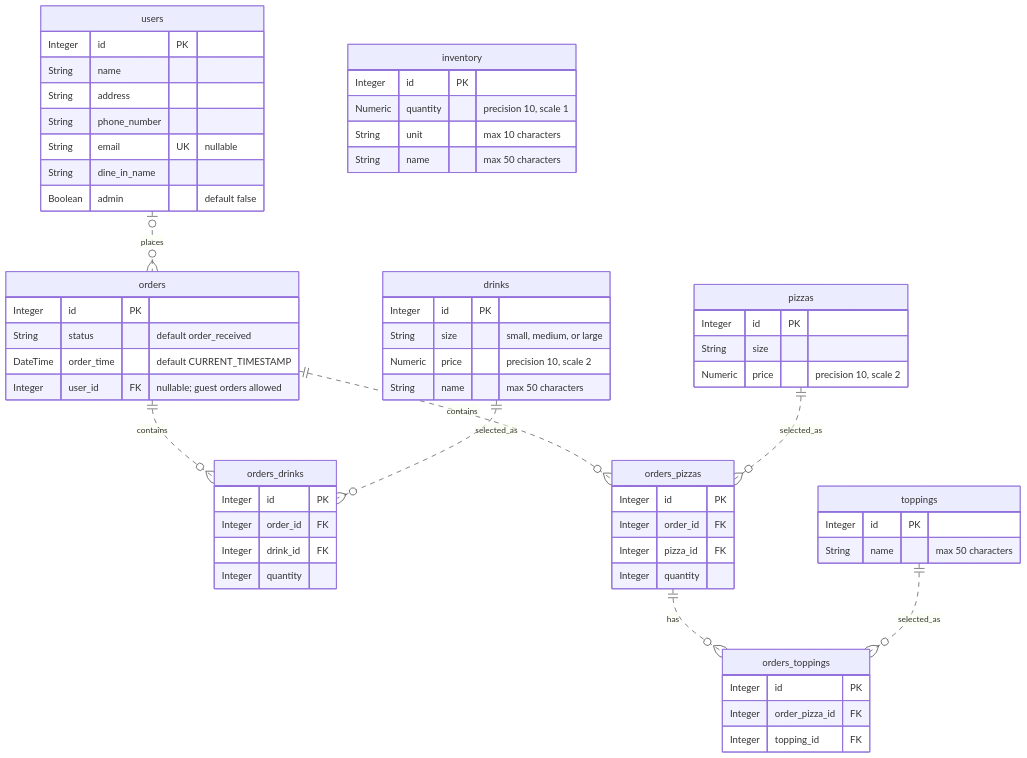
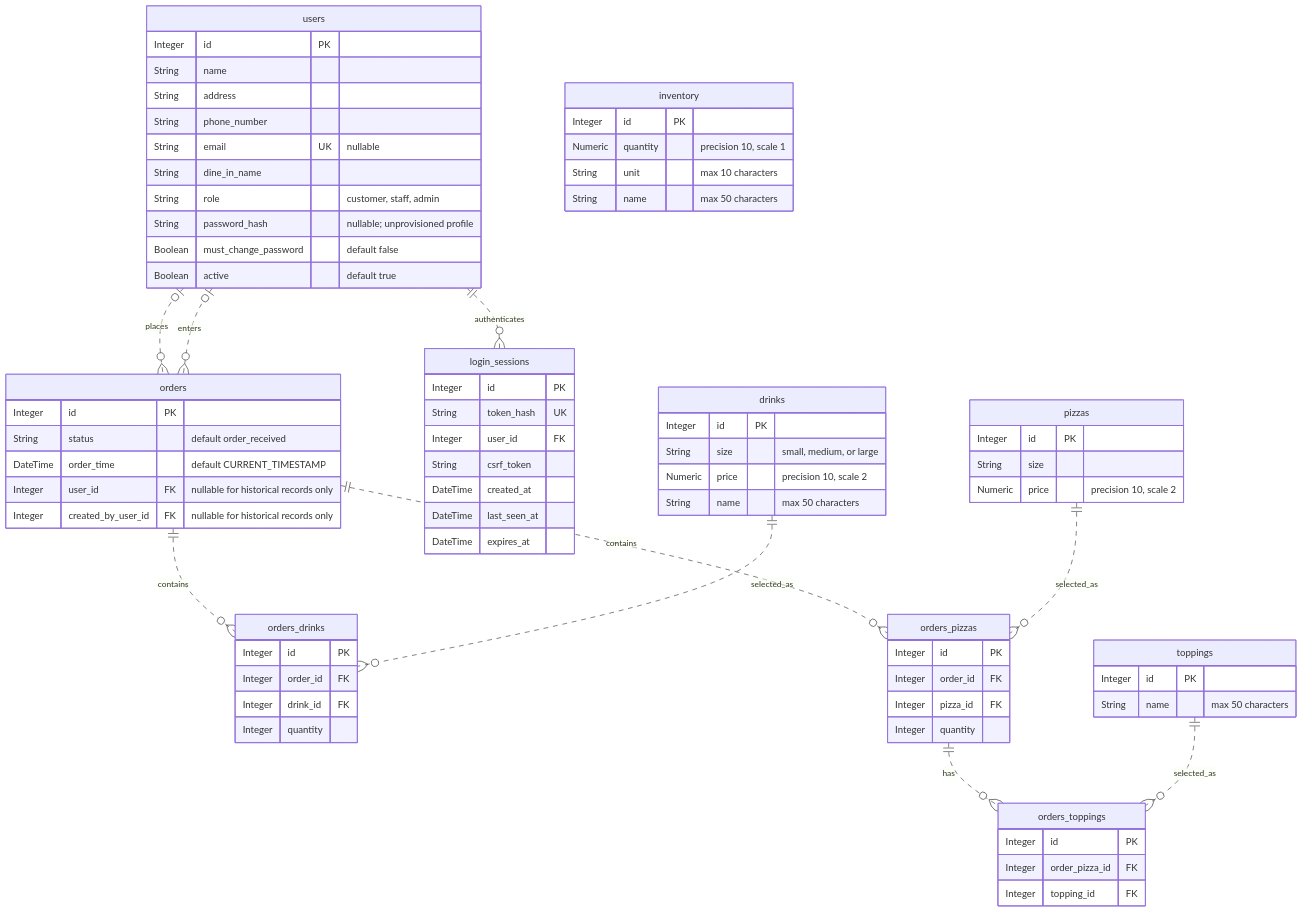
One commit to nlee543/luigi-pizza changed the diagram in README.md. Above: the diagram before and after it, drawn with Mermaid. The commit also changed other lines of this file and 12 other files, not shown here.

````diff
--- a/README.md
+++ b/README.md
@@ -23,64 +23,79 @@
 ```mermaid
 erDiagram
     users |o..o{ orders : places
+    users |o..o{ orders : enters
+    users ||..o{ login_sessions : authenticates
     orders ||..o{ orders_drinks : contains
     drinks ||..o{ orders_drinks : selected_as
     orders ||..o{ orders_pizzas : contains
     pizzas ||..o{ orders_pizzas : selected_as
     orders_pizzas ||..o{ orders_toppings : has
     toppings ||..o{ orders_toppings : selected_as
 
     users {
         Integer id PK
         String name
         String address
         String phone_number
         String email UK "nullable"
         String dine_in_name
-        Boolean admin "default false"
+        String role "customer, staff, admin"
+        String password_hash "nullable; unprovisioned profile"
+        Boolean must_change_password "default false"
+        Boolean active "default true"
     }
     orders {
         Integer id PK
         String status "default order_received"
         DateTime order_time "default CURRENT_TIMESTAMP"
-        Integer user_id FK "nullable; guest orders allowed"
+        Integer user_id FK "nullable for historical records only"
+        Integer created_by_user_id FK "nullable for historical records only"
+    }
+    login_sessions {
+        Integer id PK
+        String token_hash UK
+        Integer user_id FK
+        String csrf_token
+        DateTime created_at
+        DateTime last_seen_at
+        DateTime expires_at
     }
     orders_drinks {
         Integer id PK
         Integer order_id FK
         Integer drink_id FK
         Integer quantity
     }
     drinks {
         Integer id PK
         String size "small, medium, or large"
         Numeric price "precision 10, scale 2"
         String name "max 50 characters"
     }
     orders_pizzas {
         Integer id PK
         Integer order_id FK
         Integer pizza_id FK
         Integer quantity
     }
     pizzas {
         Integer id PK
         String size
         Numeric price "precision 10, scale 2"
     }
     orders_toppings {
         Integer id PK
         Integer order_pizza_id FK
         Integer topping_id FK
     }
     toppings {
         Integer id PK
         String name "max 50 characters"
     }
     inventory {
         Integer id PK
         Numeric quantity "precision 10, scale 1"
         String unit "max 10 characters"
         String name "max 50 characters"
     }
 ```
````
